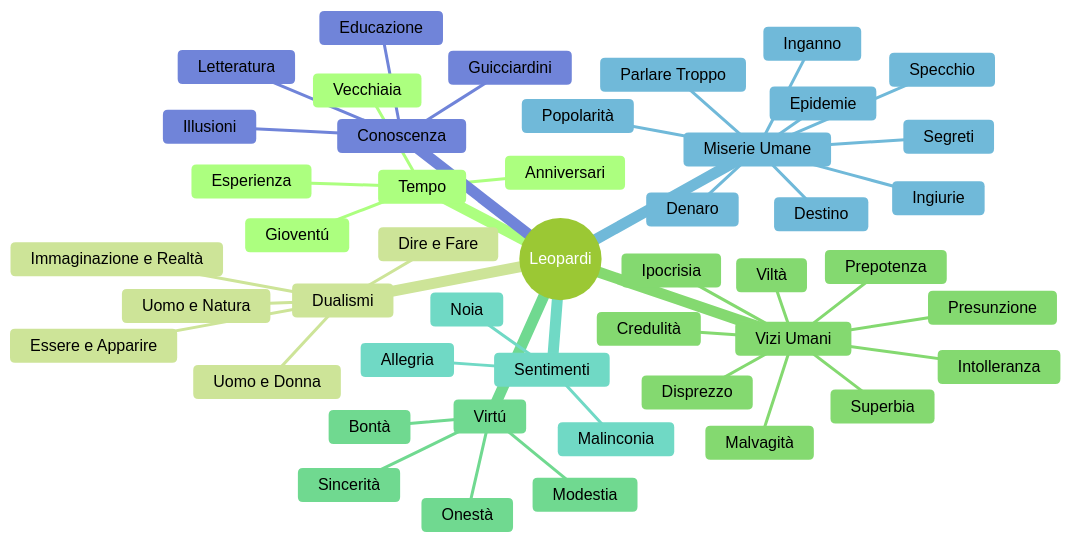
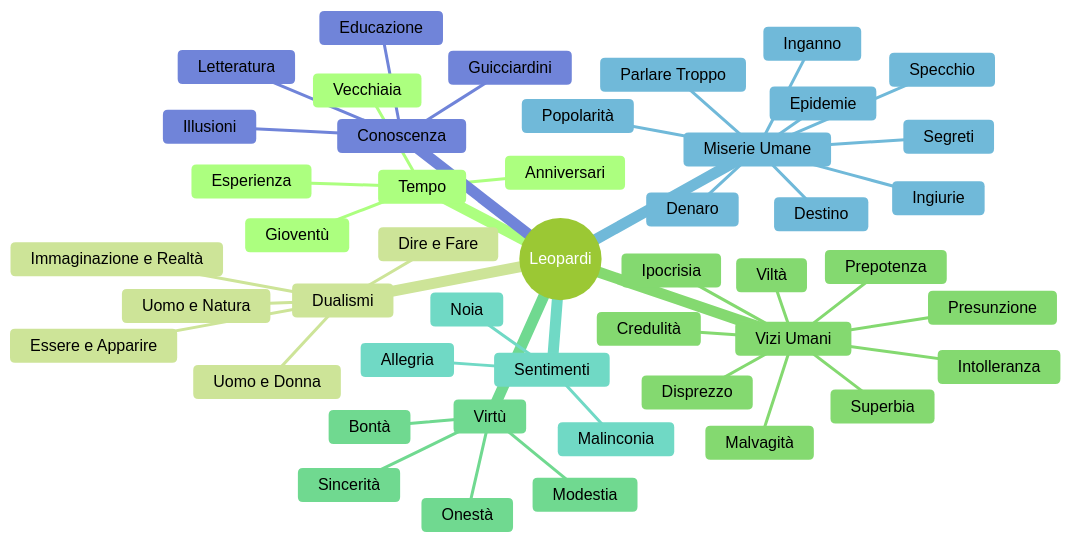
The diagram in ejs_imports/leopardi.mmd (PatrunoLuca/pensieri_leopardi), drawn with Mermaid (forest theme) before and after one commit. The commit also changed 14 other files, not shown here.

```diff
--- a/ejs_imports/leopardi.mmd
+++ b/ejs_imports/leopardi.mmd
@@ -1,47 +1,47 @@
 mindmap
     root((Leopardi))
         Tempo
-            Gioventú
+            Gioventù
             Vecchiaia
             Esperienza
             Anniversari
         Dualismi
             Essere e Apparire
             Dire e Fare
             Immaginazione e Realtà
             Uomo e Natura
             Uomo e Donna
         Vizi Umani
             Presunzione
             Malvagità
             Superbia
             Prepotenza 
             Viltà
             Disprezzo
             Ipocrisia
             Intolleranza
             Credulità
-        Virtú
+        Virtù
             Onestà
             Bontà
             Sincerità
             Modestia
         Sentimenti
             Allegria
             Malinconia
             Noia
         Miserie Umane
             Popolarità
             Ingiurie
             Parlare Troppo
             Inganno
             Denaro
             Segreti
             Epidemie
             Destino
             Specchio
         Conoscenza
             Letteratura
             Guicciardini
             Educazione
             Illusioni
```
